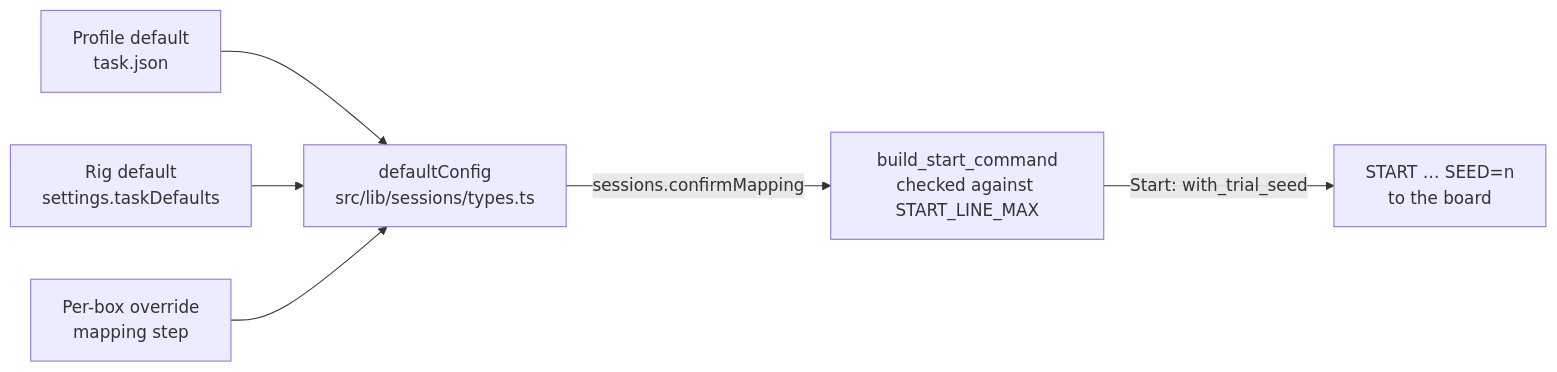
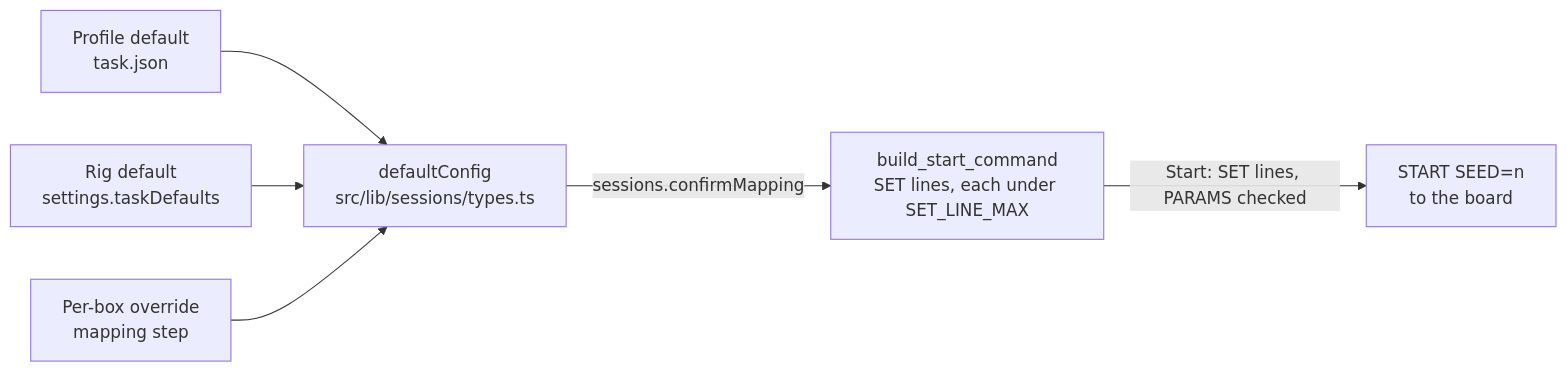
The fifth of 7 diagrams in docs/TASKS.md (Chase-NJ/Ephymeris), drawn with Mermaid before and after one commit. The commit also changed other lines of this file and 37 other files, not shown here.

First line of the commit message:
Confirm the run's parameters by CRC before START (#126)

````diff
--- a/docs/TASKS.md
+++ b/docs/TASKS.md
@@ -776,8 +776,8 @@
 ```mermaid
 flowchart LR
     profileDefault["Profile default<br/>task.json"] --> merge["defaultConfig<br/>src/lib/sessions/types.ts"]
     rigDefault["Rig default<br/>settings.taskDefaults"] --> merge
     override["Per-box override<br/>mapping step"] --> merge
-    merge -->|"sessions.confirmMapping"| build["build_start_command<br/>checked against START_LINE_MAX"]
-    build -->|"Start: with_trial_seed"| line["START … SEED=n<br/>to the board"]
+    merge -->|"sessions.confirmMapping"| build["build_start_command<br/>SET lines, each under SET_LINE_MAX"]
+    build -->|"Start: SET lines, PARAMS checked"| line["START SEED=n<br/>to the board"]
 ```
````
